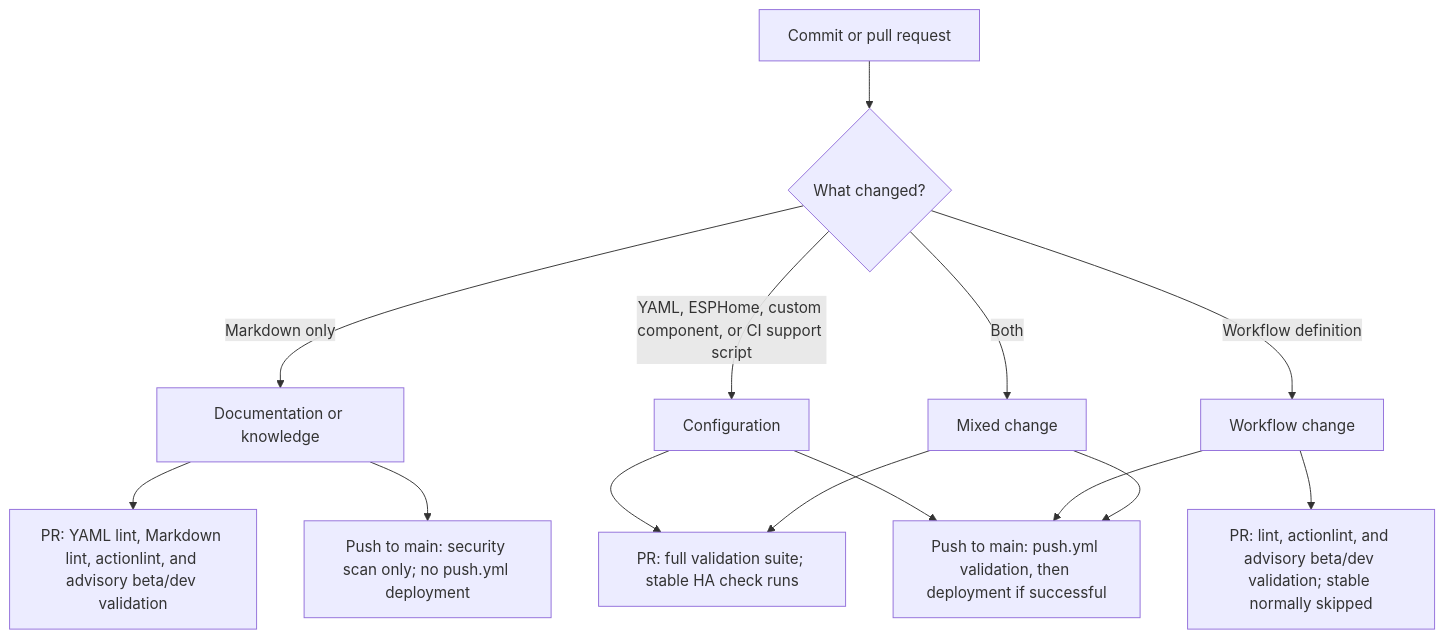
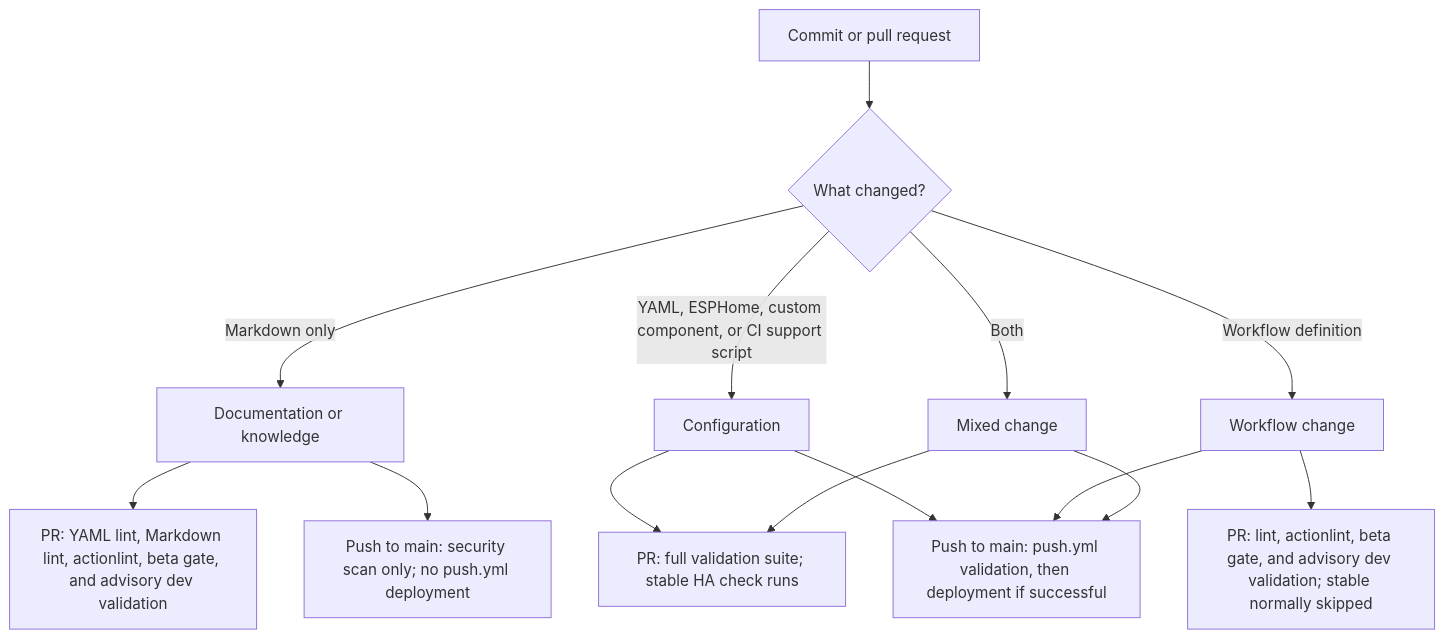
Before and after one commit to dannytsang/homeassistant-config: the first of 4 diagrams in .github/workflows/README.md, drawn with Mermaid. The commit also changed other lines of this file and 6 other files, not shown here.

````diff
--- a/.github/workflows/README.md
+++ b/.github/workflows/README.md
@@ -11,17 +11,17 @@
 ```mermaid
 flowchart TD
     Change[Commit or pull request] --> Kind{What changed?}
     Kind -->|Markdown only| Docs[Documentation or knowledge]
     Kind -->|YAML, ESPHome, custom component, or CI support script| Config[Configuration]
     Kind -->|Workflow definition| Workflow[Workflow change]
     Kind -->|Both| Mixed[Mixed change]
 
-    Docs --> PRDocs[PR: YAML lint, Markdown lint, actionlint, and advisory beta/dev validation]
+    Docs --> PRDocs[PR: YAML lint, Markdown lint, actionlint, beta gate, and advisory dev validation]
     Docs --> MainDocs[Push to main: security scan only; no push.yml deployment]
     Config --> PRConfig[PR: full validation suite; stable HA check runs]
     Config --> MainConfig[Push to main: push.yml validation, then deployment if successful]
-    Workflow --> PRWorkflow[PR: lint, actionlint, and advisory beta/dev validation; stable normally skipped]
+    Workflow --> PRWorkflow[PR: lint, actionlint, beta gate, and advisory dev validation; stable normally skipped]
     Workflow --> MainConfig
     Mixed --> PRConfig
     Mixed --> MainConfig
 ```
````
